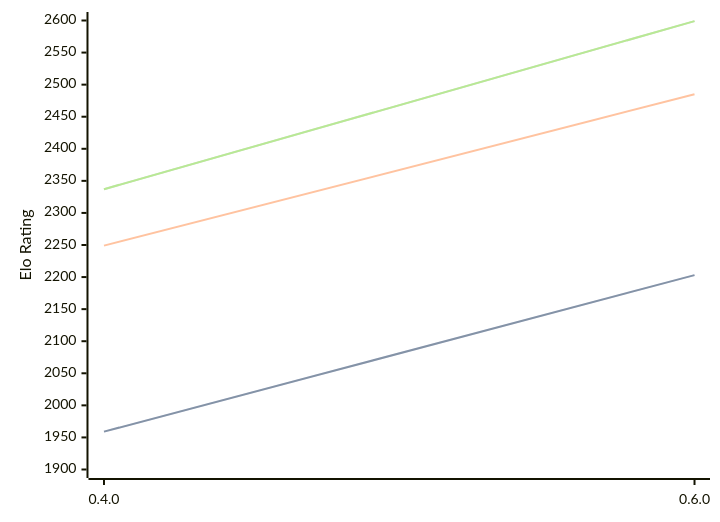
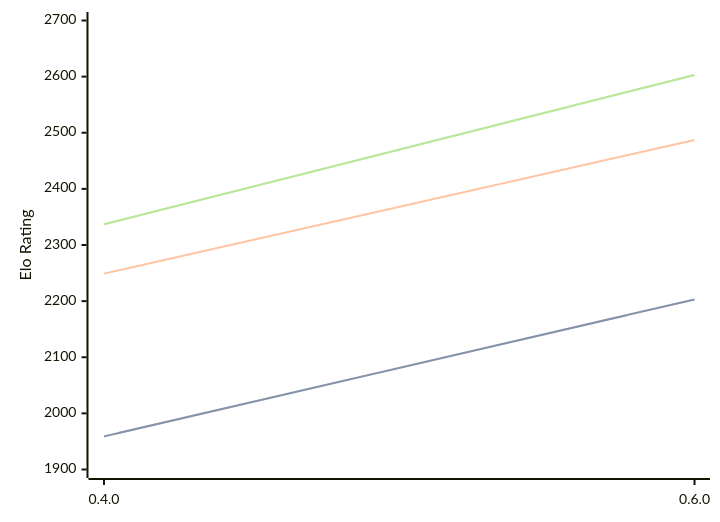
Before and after one commit to computer-chess-index/cci: the diagram in engines/Ariadne.md, drawn with Mermaid. The commit also changed other lines of this file, not shown here.

Commit message:
Update CCI Ratings (ELO VLTC) - 2026-09-16

````diff
--- a/engines/Ariadne.md
+++ b/engines/Ariadne.md
@@ -36,11 +36,11 @@
 ```mermaid
 %%{init: {"theme":"base","themeVariables":{"seriesColors:['#a3a3a3','#222221','#faa371']}}}%%
 xychart-beta
   x-axis ["0.4.0", "0.6.0"]
-  y-axis "Elo Rating" 1900 --> 2600
+  y-axis "Elo Rating" 1900 --> 2700
   line "" [1959, 2203]
   line "STC (8.0+0.08s)" [1959, 2203]
-  line "LTC (60.0+0.60s)" [2249, 2485]
-  line "" [2337, 2599]
-  line "VLTC (2m24s+1.12s)" [2337, 2599]
+  line "LTC (60.0+0.60s)" [2249, 2487]
+  line "" [2337, 2603]
+  line "VLTC (2m24s+1.12s)" [2337, 2603]
 ```
````
